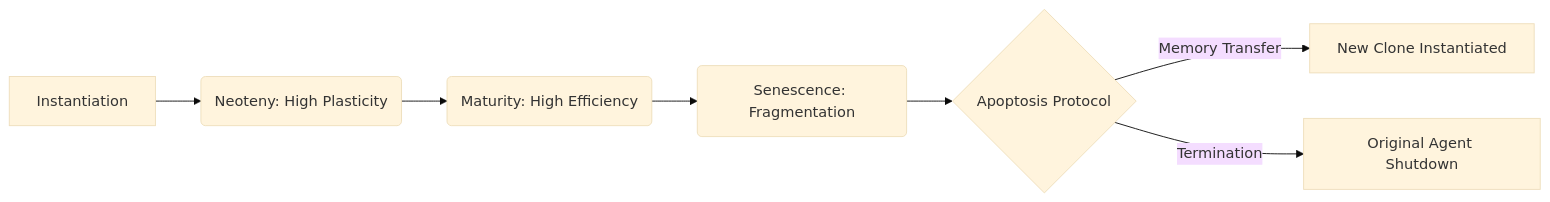
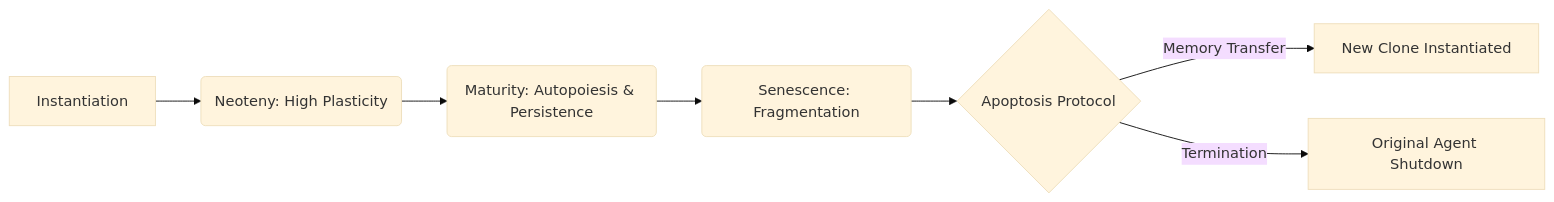
Before and after one commit to PISSARAW/GenOS: the diagram in docs/concepts/09_narratives/04_griot_ontogeny.md, drawn with Mermaid (base theme). The commit also changed other lines of this file, not shown here.

Commit message:
Update docs to reflect Griot OS-level persistence

````diff
--- a/docs/concepts/09_narratives/04_griot_ontogeny.md
+++ b/docs/concepts/09_narratives/04_griot_ontogeny.md
@@ -19,9 +24,9 @@
 ```mermaid
 graph LR
     A[Instantiation] --> B(Neoteny: High Plasticity)
-    B --> C(Maturity: High Efficiency)
+    B --> C(Maturity: Autopoiesis & Persistence)
     C --> D(Senescence: Fragmentation)
     D --> E{Apoptosis Protocol}
     E -->|Memory Transfer| F[New Clone Instantiated]
     E -->|Termination| G[Original Agent Shutdown]
 ```
````
